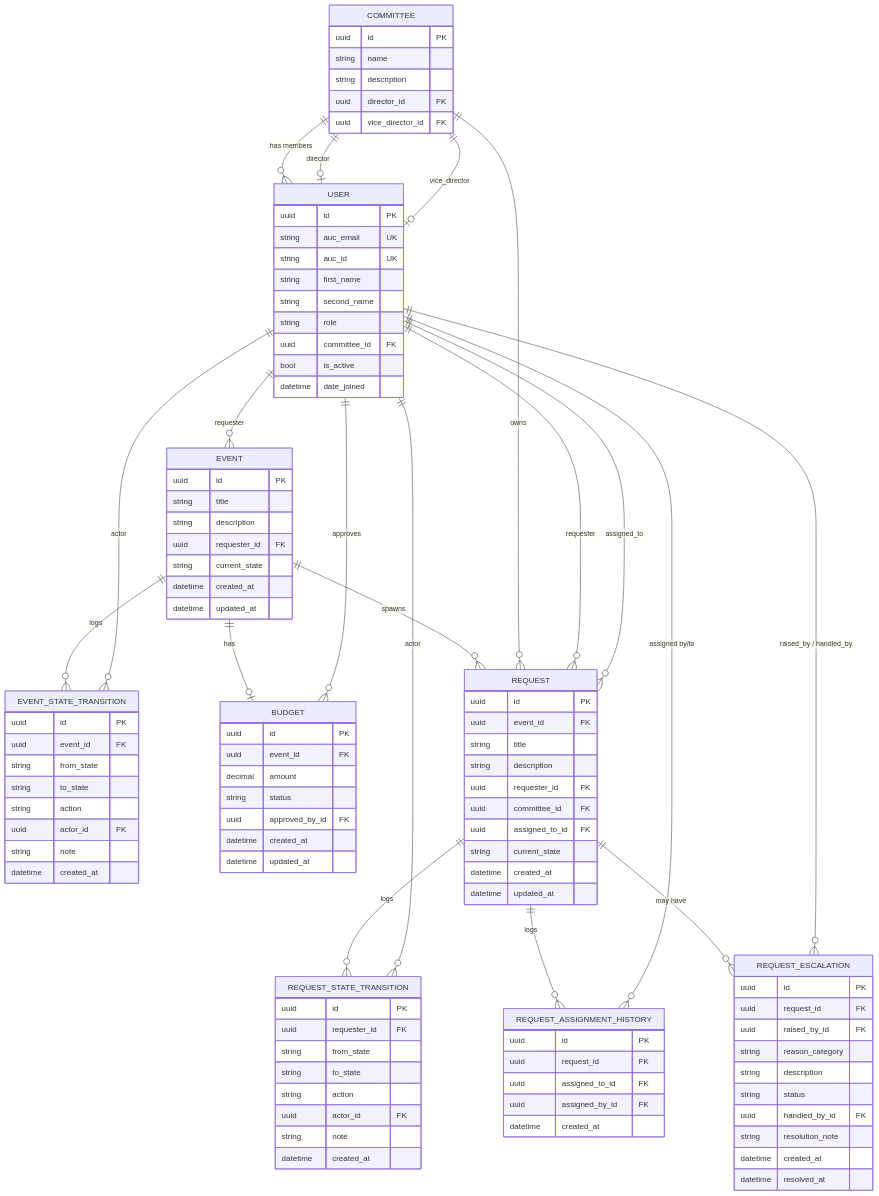
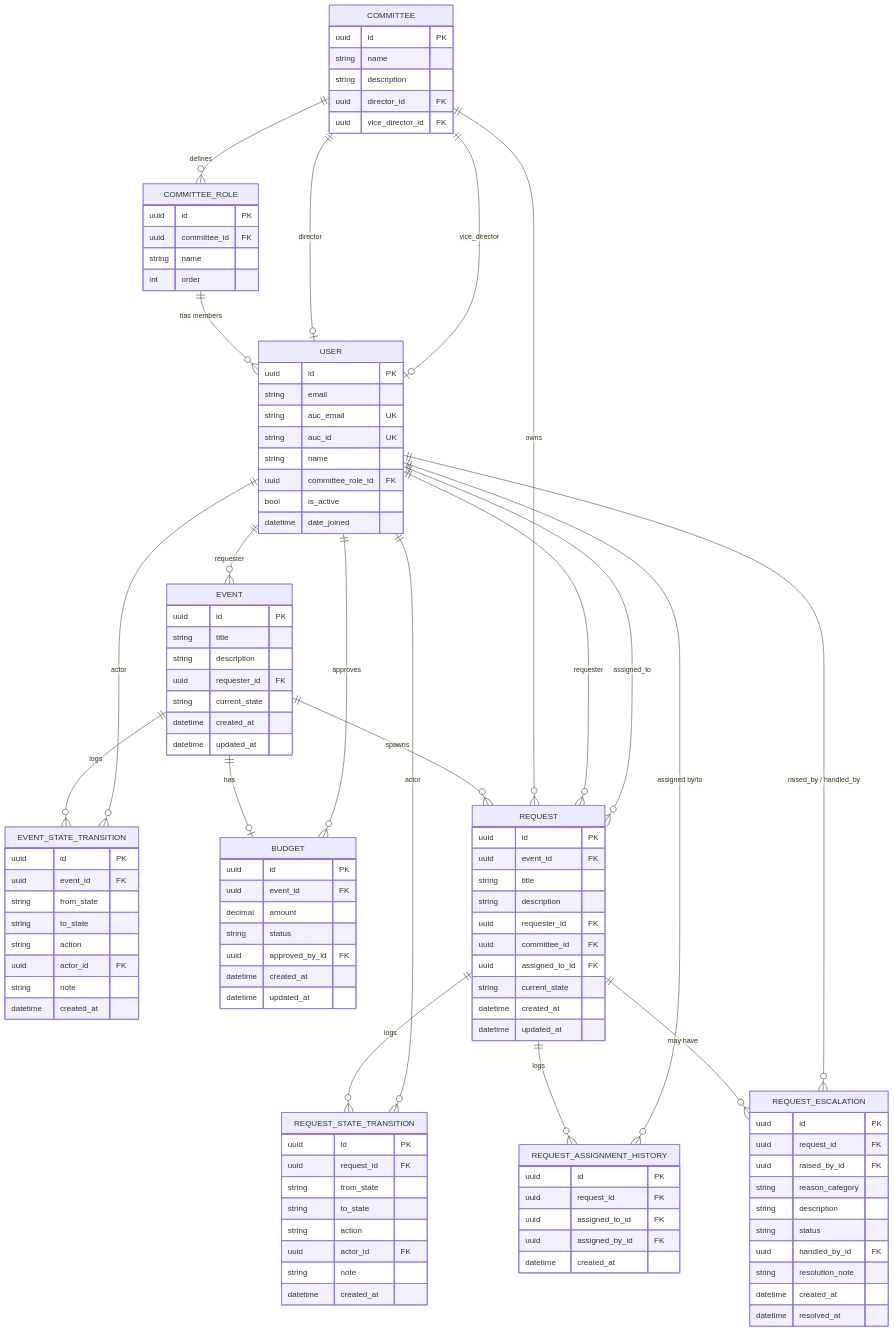
Before and after one commit to alyswillam-pixel/resala-platform: the diagram in docs/diagrams/database/database-schema.mmd, drawn with Mermaid. The commit also changed 23 other files, not shown here.

First line of the commit message:
feat(models): add committees and users apps with core schema

```diff
--- a/docs/diagrams/database/database-schema.mmd
+++ b/docs/diagrams/database/database-schema.mmd
@@ -1,116 +1,113 @@
 erDiagram
-    COMMITTEE ||--o{ USER : "has members"
+    COMMITTEE ||--o{ COMMITTEE_ROLE : "defines"
+    COMMITTEE_ROLE ||--o{ USER : "has members"
     COMMITTEE ||--o| USER : "director"
     COMMITTEE ||--o| USER : "vice_director"
     USER ||--o{ EVENT : "requester"
     EVENT ||--o{ EVENT_STATE_TRANSITION : "logs"
     USER ||--o{ EVENT_STATE_TRANSITION : "actor"
     EVENT ||--o| BUDGET : "has"
     USER ||--o{ BUDGET : "approves"
     EVENT ||--o{ REQUEST : "spawns"
     COMMITTEE ||--o{ REQUEST : "owns"
     USER ||--o{ REQUEST : "requester"
     USER ||--o{ REQUEST : "assigned_to"
     REQUEST ||--o{ REQUEST_STATE_TRANSITION : "logs"
     USER ||--o{ REQUEST_STATE_TRANSITION : "actor"
     REQUEST ||--o{ REQUEST_ASSIGNMENT_HISTORY : "logs"
     USER ||--o{ REQUEST_ASSIGNMENT_HISTORY : "assigned by/to"
     REQUEST ||--o{ REQUEST_ESCALATION : "may have"
     USER ||--o{ REQUEST_ESCALATION : "raised_by / handled_by"
 
-
     COMMITTEE {
         uuid id PK
         string name
         string description
         uuid director_id FK
         uuid vice_director_id FK
     }
-
     USER {
         uuid id PK
+        string email
         string auc_email UK
         string auc_id UK
-        string first_name
-        string second_name
-        string role
-        uuid committee_id FK
+        string name
+        uuid committee_role_id FK
         bool is_active
         datetime date_joined
     }
-
+    COMMITTEE_ROLE {
+        uuid id PK
+        uuid committee_id FK
+        string name
+        int order
+    }
     EVENT {
         uuid id PK
         string title
         string description
         uuid requester_id FK
         string current_state
         datetime created_at
         datetime updated_at
     }
-
     EVENT_STATE_TRANSITION {
         uuid id PK
         uuid event_id FK
         string from_state
         string to_state
         string action
         uuid actor_id FK
         string note
         datetime created_at
     }
-
     BUDGET {
         uuid id PK
         uuid event_id FK
         decimal amount
         string status
         uuid approved_by_id FK
         datetime created_at
         datetime updated_at
     }
-
     REQUEST {
         uuid id PK
         uuid event_id FK
         string title
         string description
         uuid requester_id FK
         uuid committee_id FK
         uuid assigned_to_id FK
         string current_state
         datetime created_at
         datetime updated_at
     }
-
     REQUEST_STATE_TRANSITION {
         uuid id PK
-        uuid requester_id FK
+        uuid request_id FK
         string from_state
         string to_state
         string action
         uuid actor_id FK
         string note
         datetime created_at
     }
-
     REQUEST_ASSIGNMENT_HISTORY {
         uuid id PK
         uuid request_id FK
         uuid assigned_to_id FK
         uuid assigned_by_id FK
         datetime created_at
     }
-
     REQUEST_ESCALATION {
         uuid id PK
         uuid request_id FK
         uuid raised_by_id FK
         string reason_category
         string description
         string status
         uuid handled_by_id FK
         string resolution_note
         datetime created_at
         datetime resolved_at
     }
```
